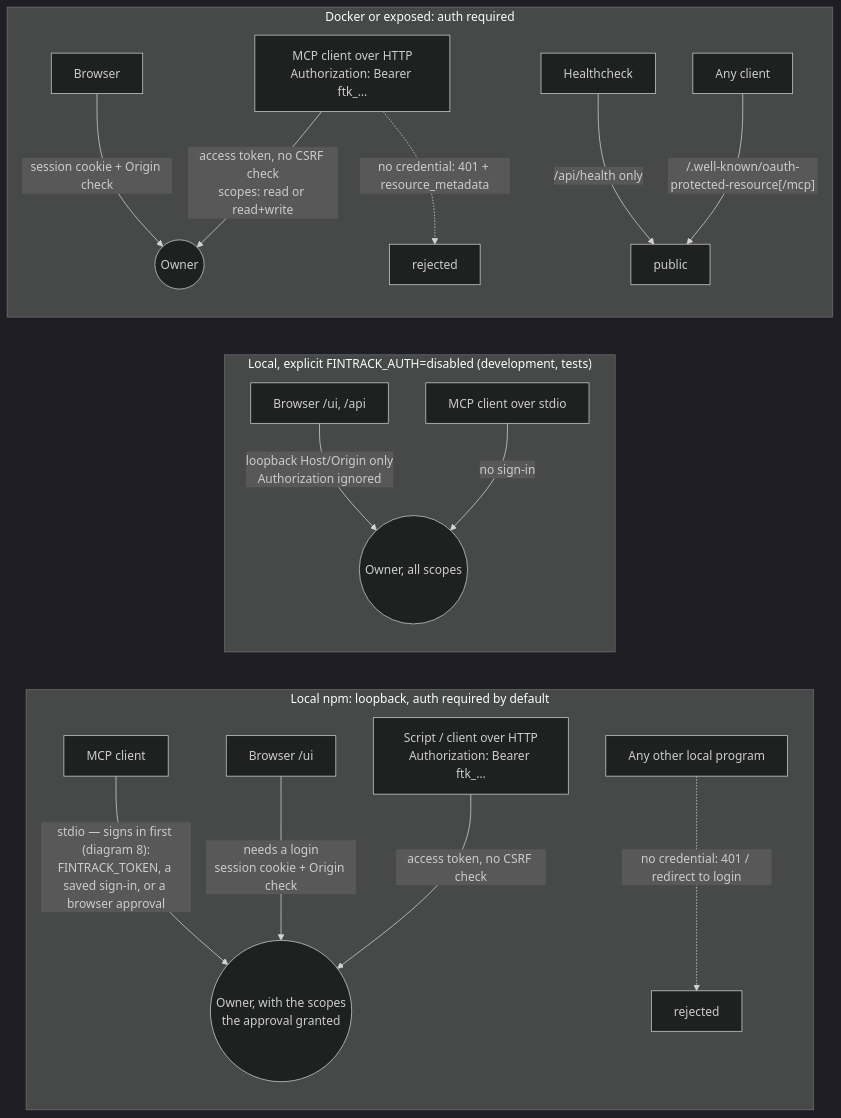
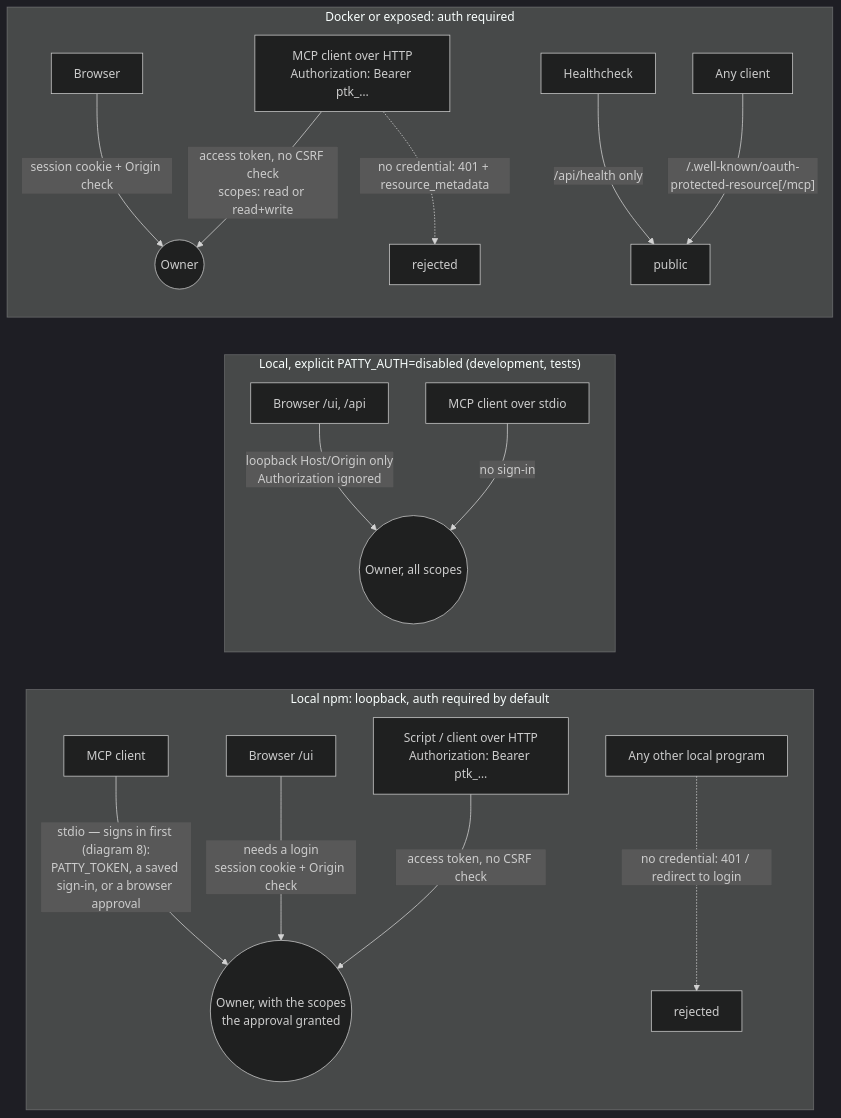
One commit to RafaelFCarneiro/patty changed the tenth of 17 diagrams in docs/auth-flows.md. Above: the diagram before and after it, drawn with Mermaid (dark theme). The commit also changed other lines of this file and 255 other files, not shown here.

````diff
--- a/docs/auth-flows.md
+++ b/docs/auth-flows.md
@@ -359,20 +359,20 @@
 ```mermaid
 flowchart LR
     subgraph L1["Local npm: loopback, auth required by default"]
-      S1[MCP client] -- "stdio — signs in first (diagram 8):<br/>FINTRACK_TOKEN, a saved sign-in, or a browser approval" --> O1((Owner, with the scopes<br/>the approval granted))
+      S1[MCP client] -- "stdio — signs in first (diagram 8):<br/>PATTY_TOKEN, a saved sign-in, or a browser approval" --> O1((Owner, with the scopes<br/>the approval granted))
       B1[Browser /ui] -- "needs a login<br/>session cookie + Origin check" --> O1
-      C1["Script / client over HTTP<br/>Authorization: Bearer ftk_…"] -- "access token, no CSRF check" --> O1
+      C1["Script / client over HTTP<br/>Authorization: Bearer ptk_…"] -- "access token, no CSRF check" --> O1
       P1[Any other local program] -. "no credential: 401 / redirect to login" .-> X1[rejected]
     end
-    subgraph L1D["Local, explicit FINTRACK_AUTH=disabled (development, tests)"]
+    subgraph L1D["Local, explicit PATTY_AUTH=disabled (development, tests)"]
       B1D[Browser /ui, /api] -- "loopback Host/Origin only<br/>Authorization ignored" --> O1D((Owner, all scopes))
       S1D[MCP client over stdio] -- "no sign-in" --> O1D
     end
     subgraph L2["Docker or exposed: auth required"]
       B2[Browser] -- session cookie + Origin check --> O2((Owner))
-      M2["MCP client over HTTP<br/>Authorization: Bearer ftk_…"] -- "access token, no CSRF check<br/>scopes: read or read+write" --> O2
+      M2["MCP client over HTTP<br/>Authorization: Bearer ptk_…"] -- "access token, no CSRF check<br/>scopes: read or read+write" --> O2
       M2 -. "no credential: 401 + resource_metadata" .-> X2[rejected]
       H2[Healthcheck] -- /api/health only --> P2[public]
       W2[Any client] -- "/.well-known/oauth-protected-resource[/mcp]" --> P2
     end
 ```
````
